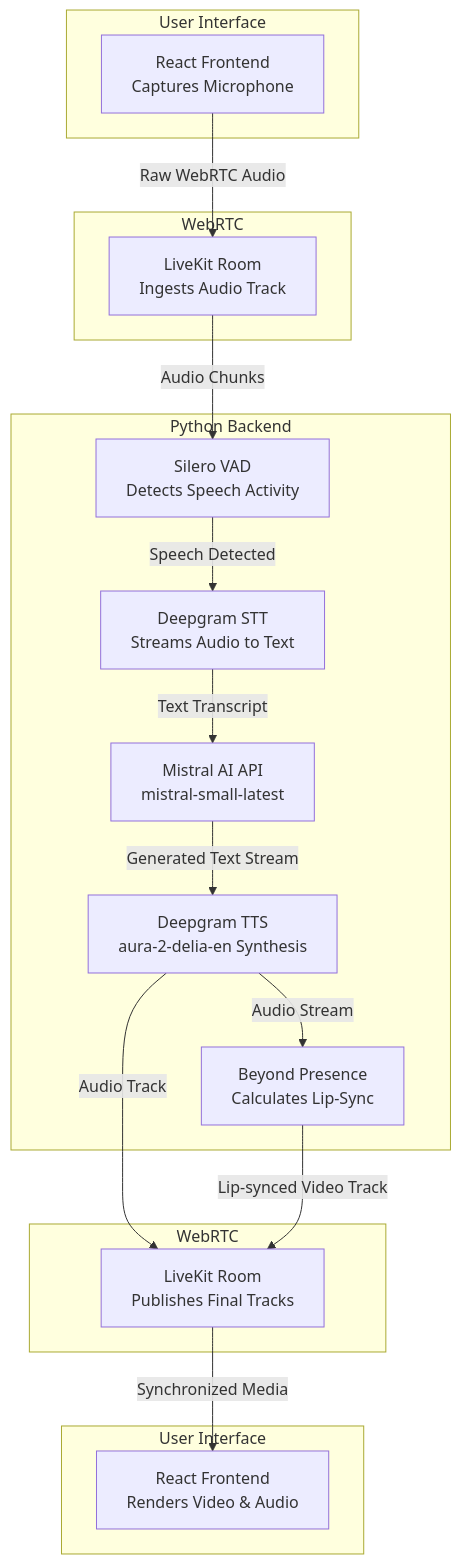
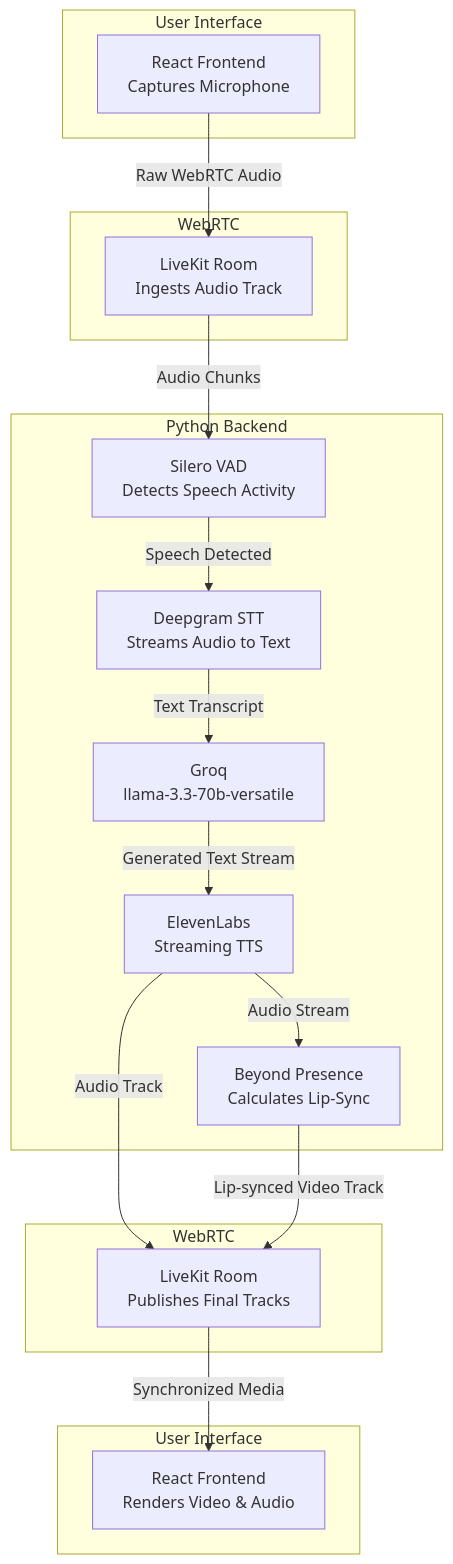
The second of 2 diagrams in README.md (shantanushinde99/TalkFlow-AI-), drawn with Mermaid before and after one commit. The commit also changed other lines of this file and 17 other files, not shown here.

````diff
--- a/README.md
+++ b/README.md
@@ -76,36 +76,36 @@
 ```mermaid
 graph TD
     subgraph Client_Input [User Interface]
         F1[React Frontend<br/>Captures Microphone]
     end
 
     subgraph Transport_In [WebRTC]
         L1[LiveKit Room<br/>Ingests Audio Track]
     end
     
     subgraph AI_Processing_Pipeline [Python Backend]
         VAD[Silero VAD<br/>Detects Speech Activity]
         STT[Deepgram STT<br/>Streams Audio to Text]
-        LLM[Mistral AI API<br/>mistral-small-latest]
-        TTS[Deepgram TTS<br/>aura-2-delia-en Synthesis]
+        LLM[Groq<br/>llama-3.3-70b-versatile]
+        TTS[ElevenLabs<br/>Streaming TTS]
         BEY[Beyond Presence<br/>Calculates Lip-Sync]
     end
 
     subgraph Transport_Out [WebRTC]
         L2[LiveKit Room<br/>Publishes Final Tracks]
     end
 
     subgraph Client_Output [User Interface]
         F2[React Frontend<br/>Renders Video & Audio]
     end
 
     F1 -- "Raw WebRTC Audio" --> L1
     L1 -- "Audio Chunks" --> VAD
     VAD -- "Speech Detected" --> STT
     STT -- "Text Transcript" --> LLM
     LLM -- "Generated Text Stream" --> TTS
     TTS -- "Audio Stream" --> BEY
     TTS -- "Audio Track" --> L2
     BEY -- "Lip-synced Video Track" --> L2
     L2 -- "Synchronized Media" --> F2
 ```
````
